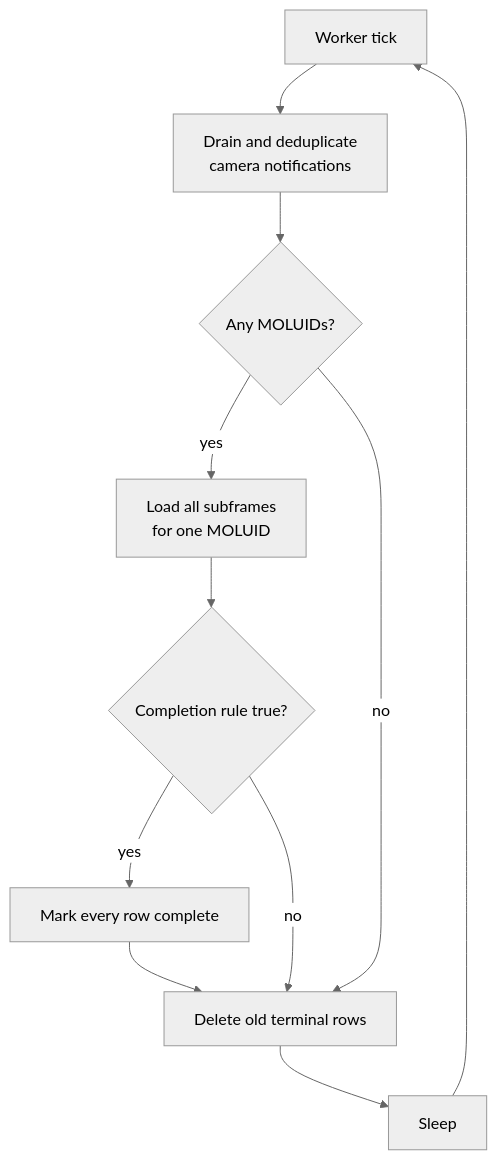
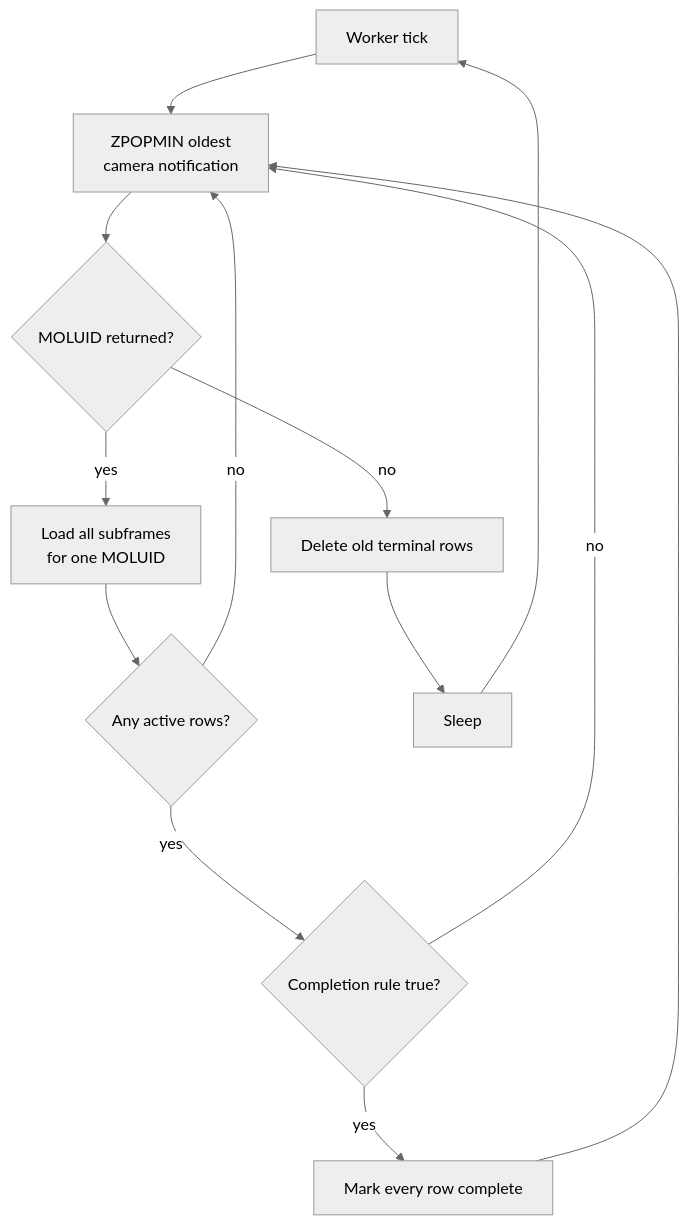
Before and after one commit to LCOGT/banzai: the second of 3 diagrams in docs/smartstacking_architecture.md, drawn with Mermaid (neutral theme). The commit also changed other lines of this file and 2 other files, not shown here.

Commit message:
Use FIFO notifications for smart stacking

````diff
--- a/docs/smartstacking_architecture.md
+++ b/docs/smartstacking_architecture.md
@@ -141,18 +152,21 @@
 ```mermaid
 flowchart TD
     tick["Worker tick"]
-    drain["Drain and deduplicate<br/>camera notifications"]
-    notified{"Any MOLUIDs?"}
+    pop["ZPOPMIN oldest<br/>camera notification"]
+    notified{"MOLUID returned?"}
     load["Load all subframes<br/>for one MOLUID"]
+    active{"Any active rows?"}
     complete{"Completion rule true?"}
     mark["Mark every row complete"]
     cleanup["Delete old terminal rows"]
     sleep["Sleep"]
 
-    tick --> drain --> notified
-    notified -->|"yes"| load --> complete
-    complete -->|"yes"| mark --> cleanup
-    complete -->|"no"| cleanup
+    tick --> pop --> notified
+    notified -->|"yes"| load --> active
+    active -->|"yes"| complete
+    active -->|"no"| pop
+    complete -->|"yes"| mark --> pop
+    complete -->|"no"| pop
     notified -->|"no"| cleanup
     cleanup --> sleep --> tick
 ```
````
